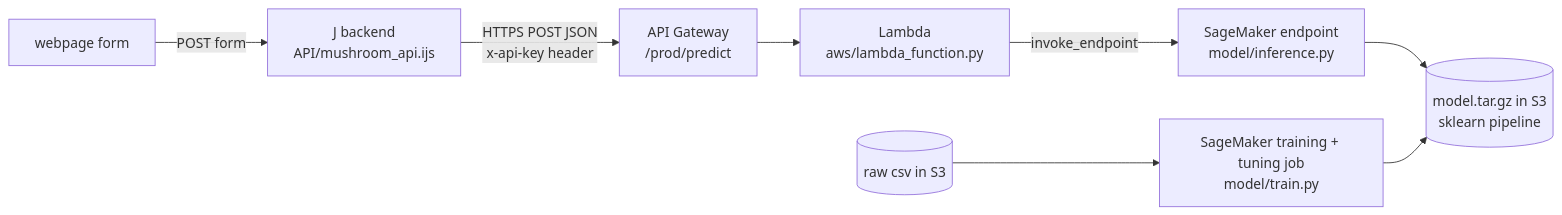
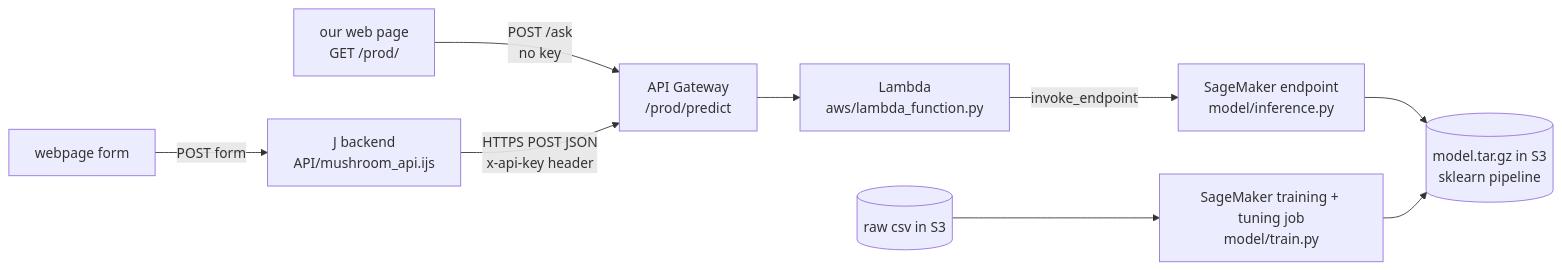
One commit to WillemSterckx/Skooma-Cats changed the diagram in Mushroom/MODEL_PLAN.md. Above: the diagram before and after it, drawn with Mermaid. The commit also changed other lines of this file and 8 other files, not shown here.

````diff
--- a/Mushroom/MODEL_PLAN.md
+++ b/Mushroom/MODEL_PLAN.md
@@ -10,10 +10,11 @@
 ```mermaid
 flowchart LR
     U[webpage form] -->|POST form| J[J backend<br>API/mushroom_api.ijs]
+    P[our web page<br>GET /prod/] -->|POST /ask<br>no key| G
     J -->|HTTPS POST JSON<br>x-api-key header| G[API Gateway<br>/prod/predict]
     G --> L[Lambda<br>aws/lambda_function.py]
     L -->|invoke_endpoint| E[SageMaker endpoint<br>model/inference.py]
     E --> M[(model.tar.gz in S3<br>sklearn pipeline)]
     T[SageMaker training + tuning job<br>model/train.py] --> M
     D[(raw csv in S3)] --> T
 ```
````
